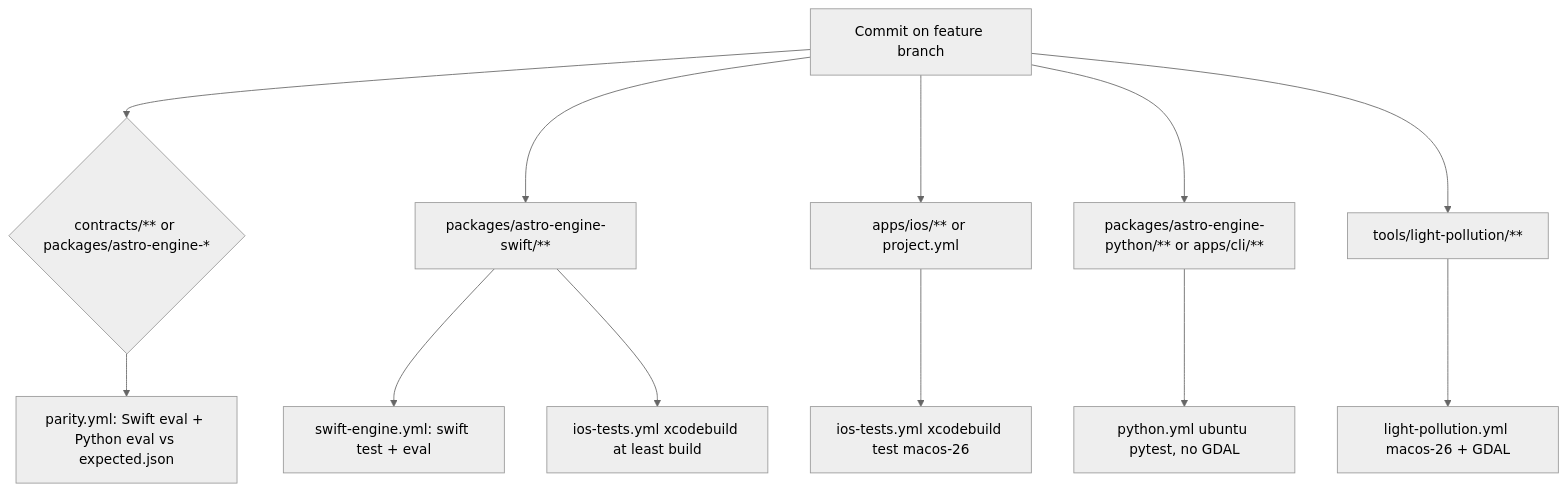
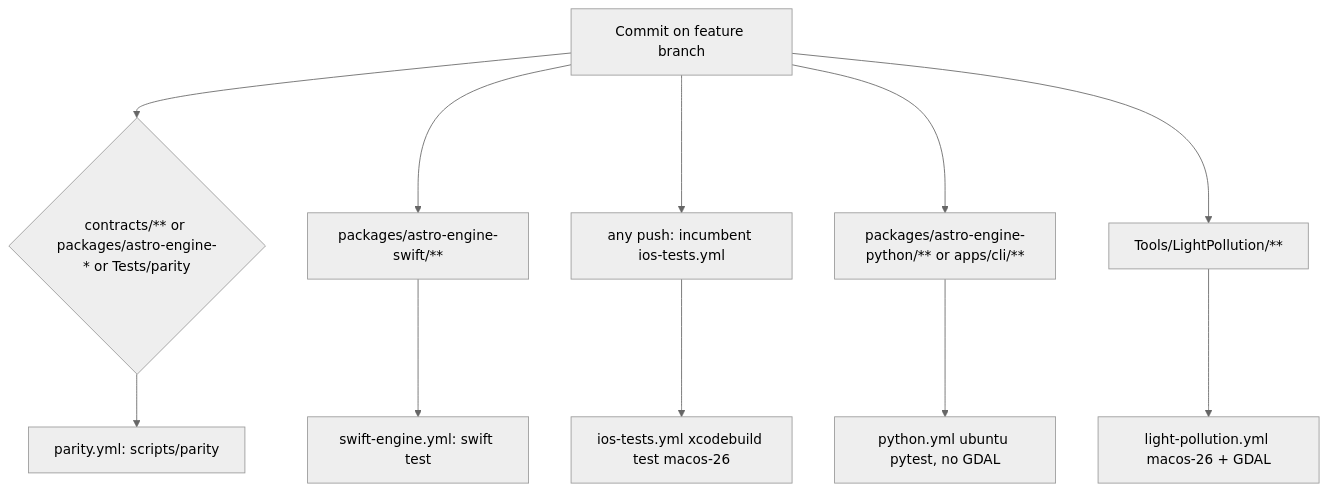
Before and after one commit to gdombiak/AstroViewingConditions: the third of 3 diagrams in docs/design/dual-implementation-astro-engine.md, drawn with Mermaid (neutral theme). The commit also changed other lines of this file and 10 other files, not shown here.

Commit message:
Add path-filtered engine CI and keep macos-26 ios-tests.yml

````diff
--- a/docs/design/dual-implementation-astro-engine.md
+++ b/docs/design/dual-implementation-astro-engine.md
@@ -1101,16 +1101,15 @@
 ```mermaid
 flowchart TB
   Change[Commit on feature branch]
-  Change --> Parity{"contracts/** or packages/astro-engine-*"}
+  Change --> Parity{"contracts/** or packages/astro-engine-* or Tests/parity"}
   Change --> SwiftPkg["packages/astro-engine-swift/**"]
-  Change --> Apple["apps/ios/** or project.yml"]
+  Change --> Apple["any push: incumbent ios-tests.yml"]
   Change --> Py["packages/astro-engine-python/** or apps/cli/**"]
-  Change --> LP["tools/light-pollution/**"]
+  Change --> LP["Tools/LightPollution/**"]
 
-  Parity --> ParityJob["parity.yml: Swift eval + Python eval vs expected.json"]
-  SwiftPkg --> SwiftTest["swift-engine.yml: swift test + eval"]
-  SwiftPkg --> IOSCompile["ios-tests.yml xcodebuild at least build"]
+  Parity --> ParityJob["parity.yml: scripts/parity"]
+  SwiftPkg --> SwiftTest["swift-engine.yml: swift test"]
   Apple --> IOSFull["ios-tests.yml xcodebuild test macos-26"]
   Py --> PyJob["python.yml ubuntu pytest, no GDAL"]
   LP --> LPJob["light-pollution.yml macos-26 + GDAL"]
 ```
````
